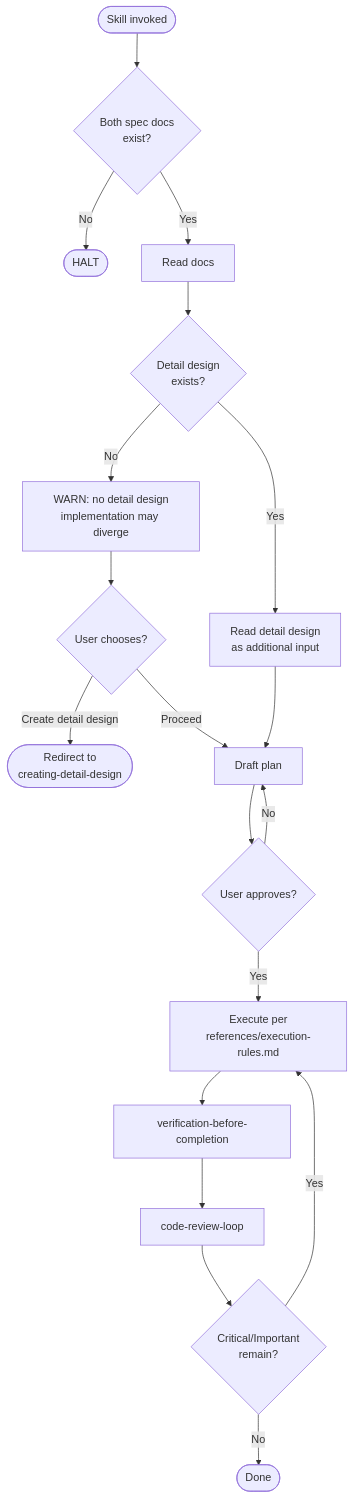
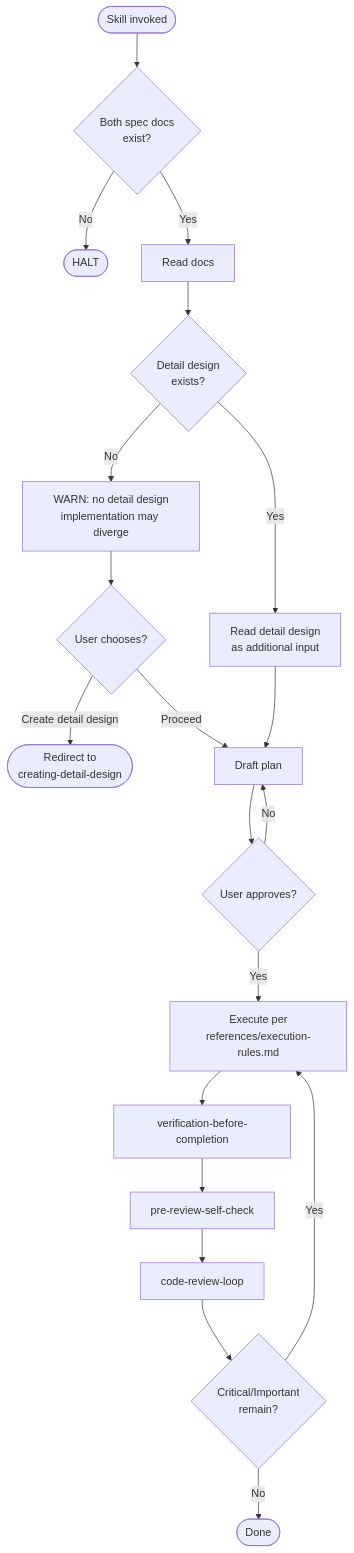
One commit to wintermaples/spec-coexist changed the diagram in .claude/skills/implementing-from-spec/SKILL.md. Above: the diagram before and after it, drawn with Mermaid. The commit also changed other lines of this file and 16 other files, not shown here.

````diff
--- a/.claude/skills/implementing-from-spec/SKILL.md
+++ b/.claude/skills/implementing-from-spec/SKILL.md
@@ -49,21 +49,22 @@
 ```mermaid
 flowchart TD
     Start([Skill invoked]) --> Q1{Both spec docs<br/>exist?}
     Q1 -- No --> Stop([HALT])
     Q1 -- Yes --> R[Read docs]
     R --> DD{Detail design<br/>exists?}
     DD -- Yes --> DDR[Read detail design<br/>as additional input]
     DD -- No --> Warn[WARN: no detail design<br/>implementation may diverge]
     Warn --> Ask{User chooses?}
     Ask -- Create detail design --> Stop2([Redirect to<br/>creating-detail-design])
     Ask -- Proceed --> Plan
     DDR --> Plan[Draft plan]
     Plan --> Approve{User approves?}
     Approve -- No --> Plan
     Approve -- Yes --> Impl[Execute per<br/>references/execution-rules.md]
     Impl --> Verify[verification-before-completion]
-    Verify --> Review[code-review-loop]
+    Verify --> Self[pre-review-self-check]
+    Self --> Review[code-review-loop]
     Review --> Crit{Critical/Important<br/>remain?}
     Crit -- Yes --> Impl
     Crit -- No --> End([Done])
 ```
````
